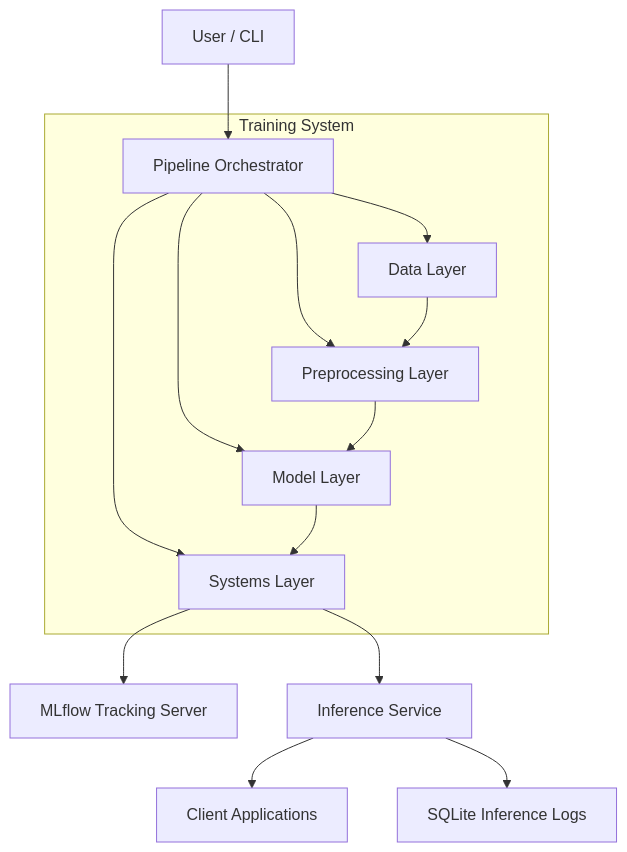
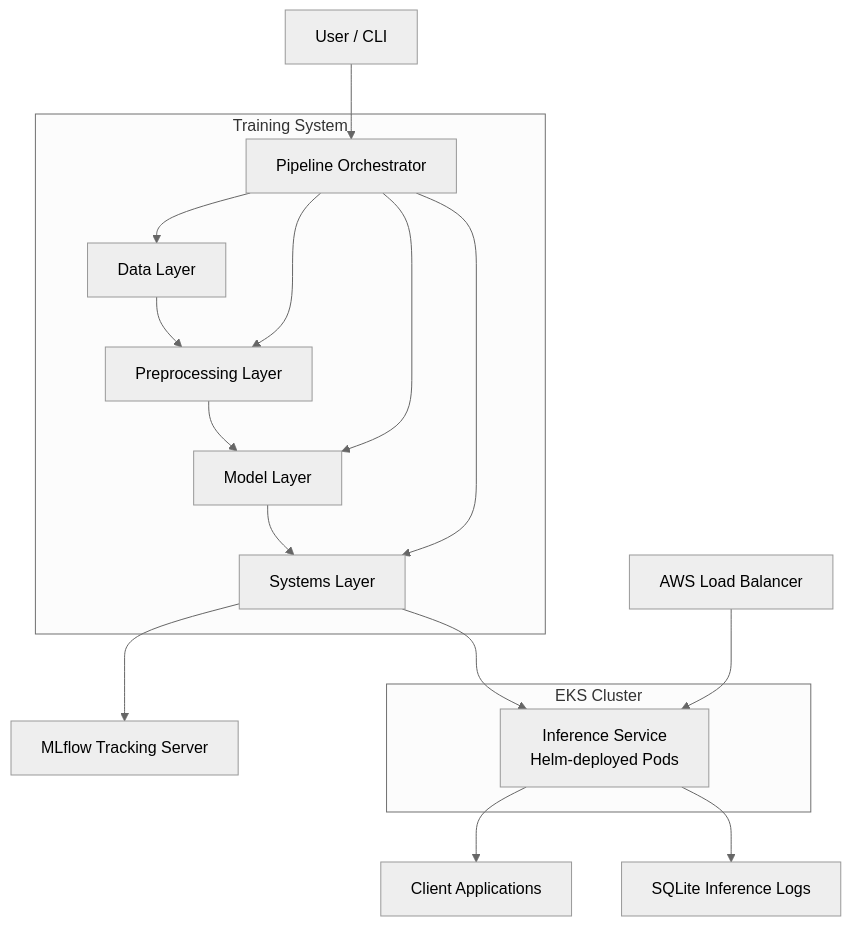
The first of 5 diagrams in README.md (sharjeel6392/asie), drawn with Mermaid before and after one commit. The commit also changed other lines of this file, not shown here.

````diff
--- a/README.md
+++ b/README.md
@@ -32,25 +33,32 @@
 ```mermaid
+%%{init: {'theme': 'neutral'}}%%
 flowchart TD
     User_CLI[User / CLI] --> Orchestrator[Pipeline Orchestrator]
     Orchestrator --> DataLayer[Data Layer]
     Orchestrator --> PreprocessingLayer[Preprocessing Layer]
     Orchestrator --> ModelLayer[Model Layer]
     Orchestrator --> SystemsLayer[Systems Layer]
-
+ 
     DataLayer --> PreprocessingLayer
     PreprocessingLayer --> ModelLayer
     ModelLayer --> SystemsLayer
     SystemsLayer --> MLflow[MLflow Tracking Server]
-
+ 
     subgraph Training System
         Orchestrator
         DataLayer
         PreprocessingLayer
         ModelLayer
         SystemsLayer
     end
-
-    ServingSystem[Inference Service] --> Client[Client Applications]
+ 
+    SystemsLayer --> ServingSystem
+ 
+    subgraph EKS [EKS Cluster]
+        ServingSystem[Inference Service<br/>Helm-deployed Pods]
+    end
+ 
+    ELB[AWS Load Balancer] --> ServingSystem
+    ServingSystem --> Client[Client Applications]
     ServingSystem --> SQLiteLogs[SQLite Inference Logs]
-    SystemsLayer --> ServingSystem
 ```
````
